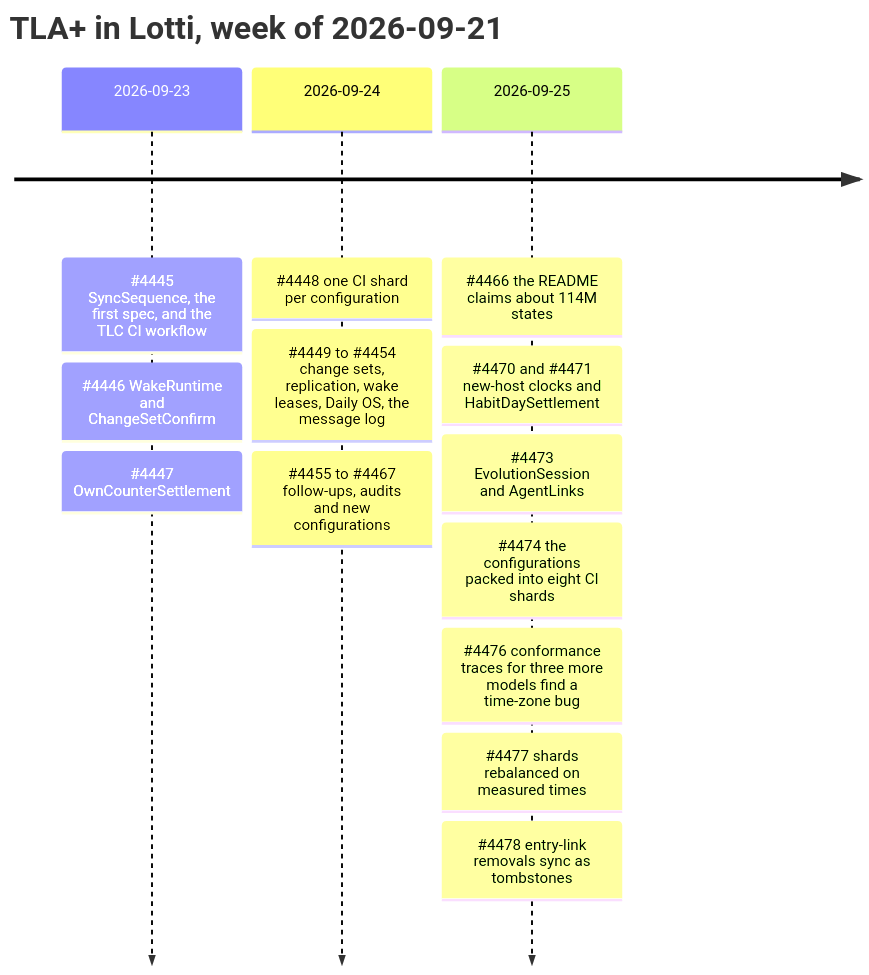
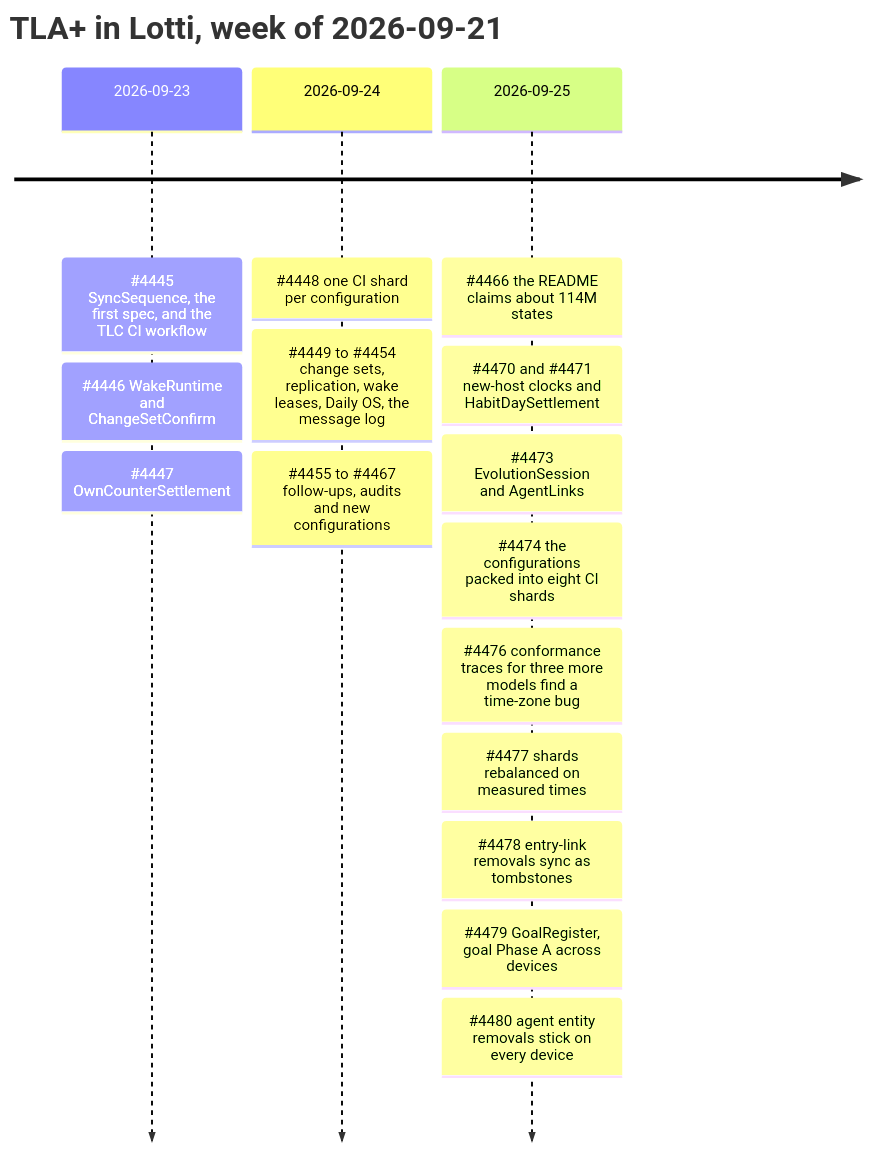
Before and after one commit to matthiasn/lotti: the diagram in specs/tla/LEDGER.md, drawn with Mermaid. The commit also changed other lines of this file, not shown here.

````diff
--- a/specs/tla/LEDGER.md
+++ b/specs/tla/LEDGER.md
@@ -56,17 +56,19 @@
 ```mermaid
 timeline
     title TLA+ in Lotti, week of 2026-09-21
     2026-09-23 : #4445 SyncSequence, the first spec, and the TLC CI workflow
                : #4446 WakeRuntime and ChangeSetConfirm
                : #4447 OwnCounterSettlement
     2026-09-24 : #4448 one CI shard per configuration
                : #4449 to #4454 change sets, replication, wake leases, Daily OS, the message log
                : #4455 to #4467 follow-ups, audits and new configurations
     2026-09-25 : #4466 the README claims about 114M states
                : #4470 and #4471 new-host clocks and HabitDaySettlement
                : #4473 EvolutionSession and AgentLinks
                : #4474 the configurations packed into eight CI shards
                : #4476 conformance traces for three more models find a time-zone bug
                : #4477 shards rebalanced on measured times
                : #4478 entry-link removals sync as tombstones
+               : #4479 GoalRegister, goal Phase A across devices
+               : #4480 agent entity removals stick on every device
 ```
````
